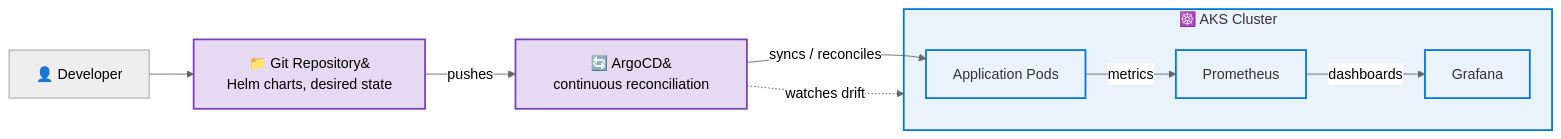
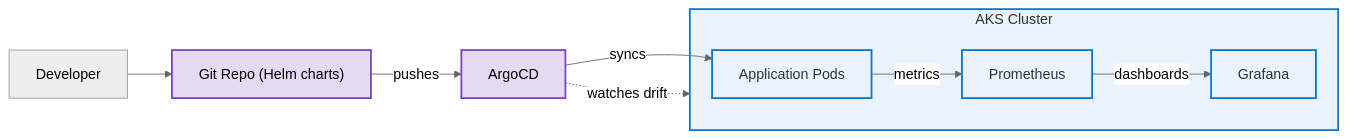
Before and after one commit to aniket-devop/aniket-devop: the fifth of 6 diagrams in README.md, drawn with Mermaid (neutral theme). The commit also changed other lines of this file, not shown here.

````diff
--- a/README.md
+++ b/README.md
@@ -290,21 +238,21 @@
 ```mermaid
 flowchart LR
-    DEV["👤 Developer"] --> REPO["📁 Git Repository&#10;Helm charts, desired state"]
-    REPO -->|pushes| ARGOCD["🔄 ArgoCD&#10;continuous reconciliation"]
+    DEV["Developer"] --> REPO["Git Repo (Helm charts)"]
+    REPO -->|pushes| ARGOCD["ArgoCD"]
 
-    subgraph CLUSTER["☸️ AKS Cluster"]
+    subgraph CLUSTER["AKS Cluster"]
         PODS["Application Pods"]
         PROM["Prometheus"]
         GRAFANA["Grafana"]
         PODS -->|metrics| PROM
         PROM -->|dashboards| GRAFANA
     end
 
-    ARGOCD -->|syncs / reconciles| PODS
+    ARGOCD -->|syncs| PODS
     ARGOCD -.watches drift.-> CLUSTER
 
     classDef gitops fill:#e6d9f2,stroke:#7B42BC,stroke-width:2px
     classDef cluster fill:#eaf2fb,stroke:#0078D4,stroke-width:2px
     class ARGOCD,REPO gitops
     class CLUSTER,PODS,PROM,GRAFANA cluster
 ```
````
